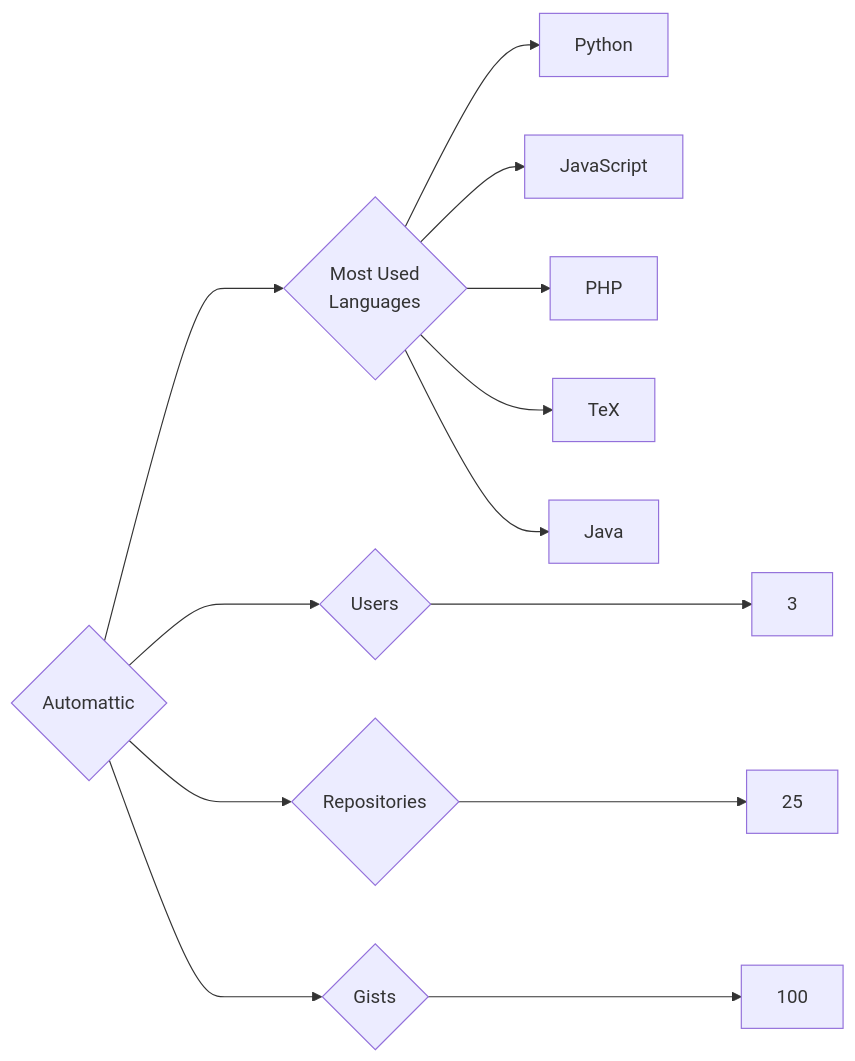
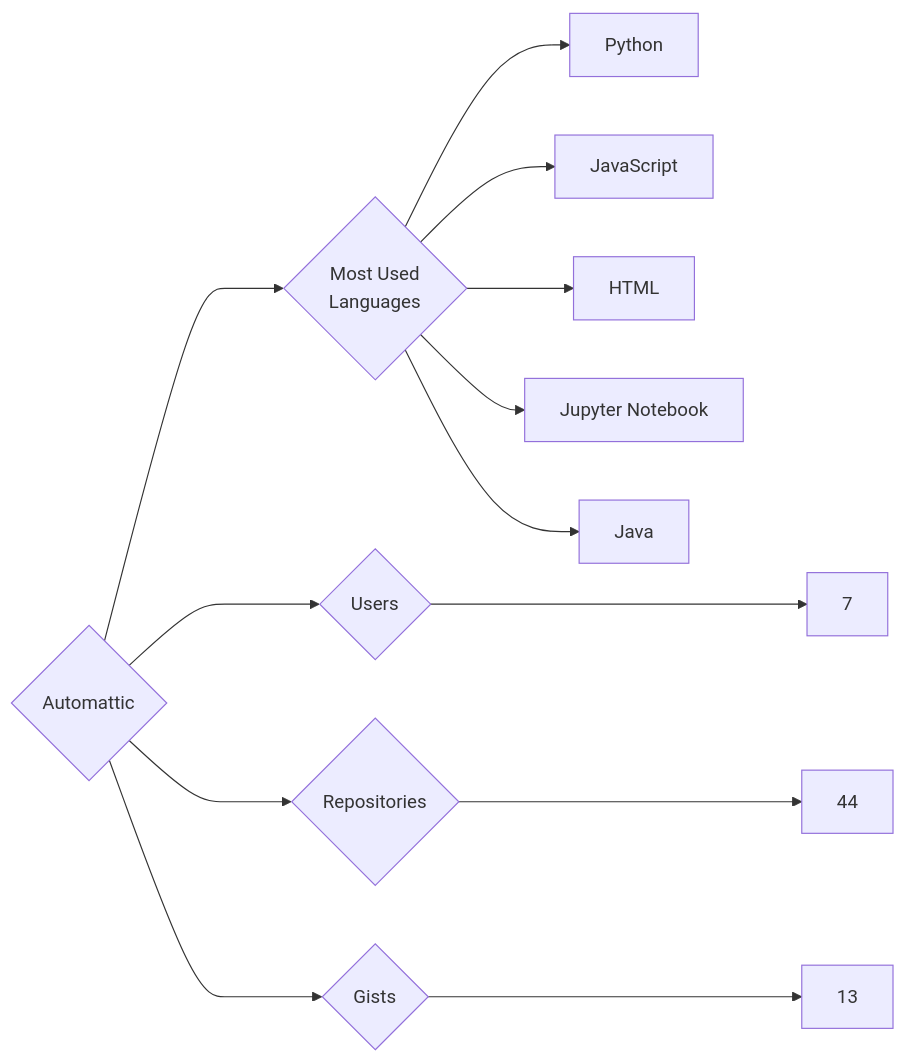
The diagram in targets/Automattic/README.md (trickest/insiders), drawn with Mermaid before and after one commit. The commit also changed 1212 other files, not shown here.

````diff
--- a/targets/Automattic/README.md
+++ b/targets/Automattic/README.md
@@ -3,13 +3,13 @@
 ```mermaid
 graph LR
 COMPANY_NAME{Automattic}
-COMPANY_NAME ---> U{Users} ---> UN[3]
-COMPANY_NAME ---> R{Repositories} ---> RN[25]
-COMPANY_NAME ---> G{Gists} ---> GN[100]
+COMPANY_NAME ---> U{Users} ---> UN[7]
+COMPANY_NAME ---> R{Repositories} ---> RN[44]
+COMPANY_NAME ---> G{Gists} ---> GN[13]
 COMPANY_NAME ---> ML{Most Used<br>Languages}
 ML --> Python[Python]
 ML --> JavaScript[JavaScript]
-ML --> PHP[PHP]
-ML --> TeX[TeX]
+ML --> HTML[HTML]
+ML --> Jupyter_Notebook[Jupyter Notebook]
 ML --> Java[Java]
 ```
````
